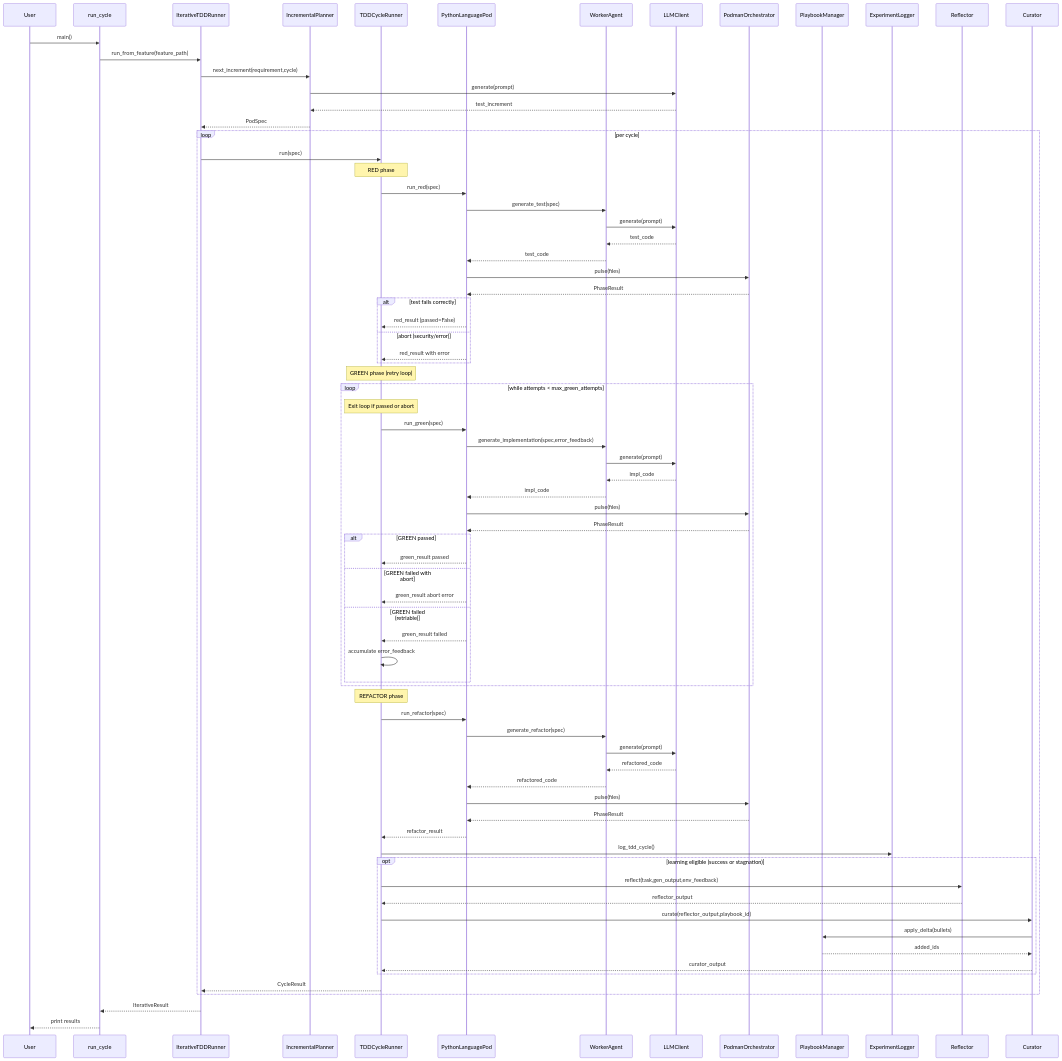
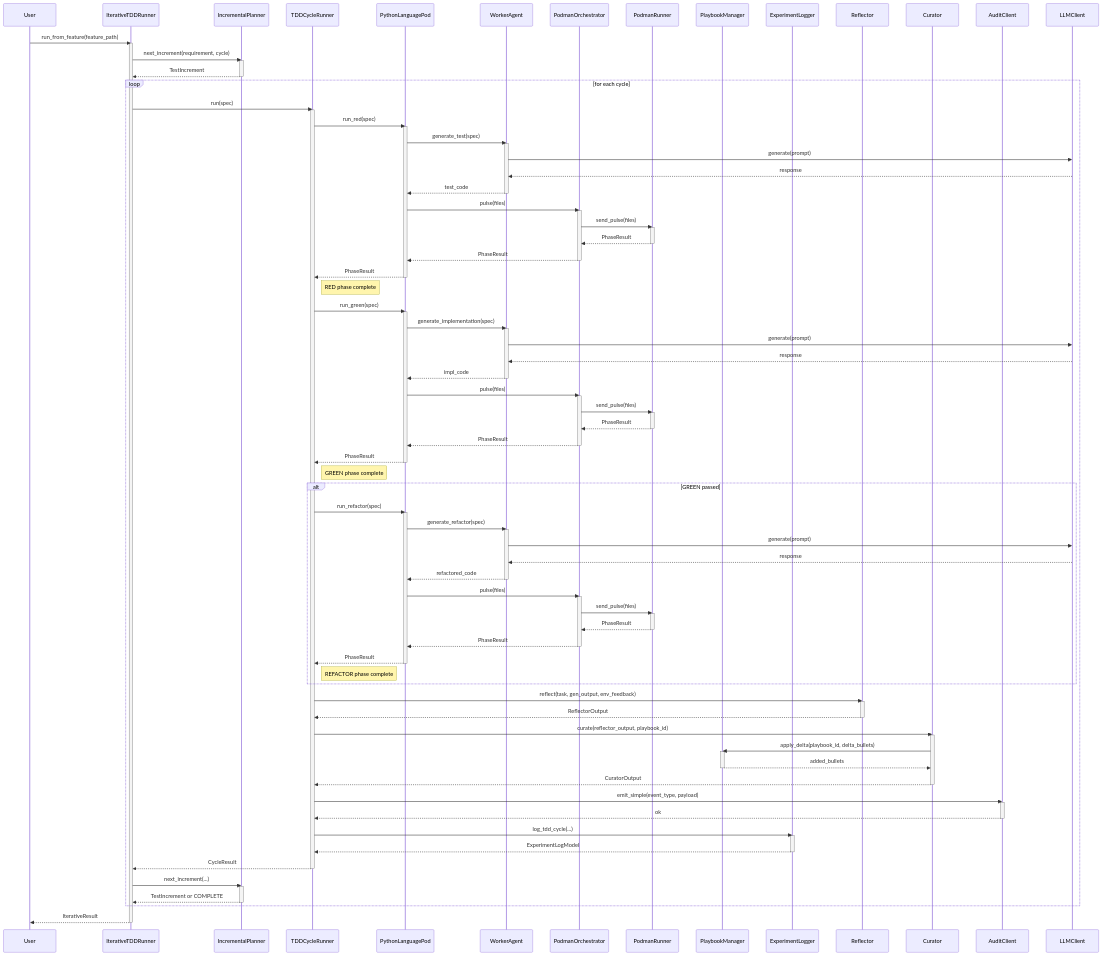
The diagram in docs/SYSTEM_ARCHITECTURE.md (carlhuxley/ace_enterprise), drawn with Mermaid before and after one commit. The commit also changed other lines of this file and 2 other files, not shown here.

````diff
--- a/docs/SYSTEM_ARCHITECTURE.md
+++ b/docs/SYSTEM_ARCHITECTURE.md
@@ -38,87 +41,114 @@
 ```mermaid
 sequenceDiagram
-    participant User as User
-    participant RC as run_cycle
-    participant ITR as IterativeTDDRunner
-    participant Plan as IncrementalPlanner
-    participant TCR as TDDCycleRunner
-    participant Pod as PythonLanguagePod
-    participant WA as WorkerAgent
-    participant LLM as LLMClient
-    participant Orch as PodmanOrchestrator
-    participant PM as PlaybookManager
-    participant Log as ExperimentLogger
-    participant Ref as Reflector
-    participant Cur as Curator
+    participant User
+    participant IterativeTDDRunner
+    participant IncrementalPlanner
+    participant TDDCycleRunner
+    participant PythonLanguagePod
+    participant WorkerAgent
+    participant PodmanOrchestrator
+    participant PodmanRunner
+    participant PlaybookManager
+    participant ExperimentLogger
+    participant Reflector
+    participant Curator
+    participant AuditClient
 
-    User->>RC: main()
-    RC->>ITR: run_from_feature(feature_path)
-    ITR->>Plan: next_increment(requirement,cycle)
-    Plan->>LLM: generate(prompt)
-    LLM-->>Plan: test_increment
-    Plan-->>ITR: PodSpec
-
-    loop per cycle
-        ITR->>TCR: run(spec)
-
-        Note over TCR: RED phase
-        TCR->>Pod: run_red(spec)
-        Pod->>WA: generate_test(spec)
-        WA->>LLM: generate(prompt)
-        LLM-->>WA: test_code
-        WA-->>Pod: test_code
-        Pod->>Orch: pulse(files)
-        Orch-->>Pod: PhaseResult
-        alt test fails correctly
-            Pod-->>TCR: red_result (passed=False)
-        else abort (security/error)
-            Pod-->>TCR: red_result with error
+    User->>IterativeTDDRunner: run_from_feature(feature_path)
+    activate IterativeTDDRunner
+    IterativeTDDRunner->>IncrementalPlanner: next_increment(requirement, cycle)
+    activate IncrementalPlanner
+    IncrementalPlanner-->>IterativeTDDRunner: TestIncrement
+    deactivate IncrementalPlanner
+    loop for each cycle
+        IterativeTDDRunner->>TDDCycleRunner: run(spec)
+        activate TDDCycleRunner
+        TDDCycleRunner->>PythonLanguagePod: run_red(spec)
+        activate PythonLanguagePod
+        PythonLanguagePod->>WorkerAgent: generate_test(spec)
+        activate WorkerAgent
+        WorkerAgent->>LLMClient: generate(prompt)
+        LLMClient-->>WorkerAgent: response
+        WorkerAgent-->>PythonLanguagePod: test_code
+        deactivate WorkerAgent
+        PythonLanguagePod->>PodmanOrchestrator: pulse(files)
+        activate PodmanOrchestrator
+        PodmanOrchestrator->>PodmanRunner: send_pulse(files)
+        activate PodmanRunner
+        PodmanRunner-->>PodmanOrchestrator: PhaseResult
+        deactivate PodmanRunner
+        PodmanOrchestrator-->>PythonLanguagePod: PhaseResult
+        deactivate PodmanOrchestrator
+        PythonLanguagePod-->>TDDCycleRunner: PhaseResult
+        deactivate PythonLanguagePod
+        Note right of TDDCycleRunner: RED phase complete
+        TDDCycleRunner->>PythonLanguagePod: run_green(spec)
+        activate PythonLanguagePod
+        PythonLanguagePod->>WorkerAgent: generate_implementation(spec)
+        activate WorkerAgent
+        WorkerAgent->>LLMClient: generate(prompt)
+        LLMClient-->>WorkerAgent: response
+        WorkerAgent-->>PythonLanguagePod: impl_code
+        deactivate WorkerAgent
+        PythonLanguagePod->>PodmanOrchestrator: pulse(files)
+        activate PodmanOrchestrator
+        PodmanOrchestrator->>PodmanRunner: send_pulse(files)
+        activate PodmanRunner
+        PodmanRunner-->>PodmanOrchestrator: PhaseResult
+        deactivate PodmanRunner
+        PodmanOrchestrator-->>PythonLanguagePod: PhaseResult
+        deactivate PodmanOrchestrator
+        PythonLanguagePod-->>TDDCycleRunner: PhaseResult
+        deactivate PythonLanguagePod
+        Note right of TDDCycleRunner: GREEN phase complete
+        alt GREEN passed
+            TDDCycleRunner->>PythonLanguagePod: run_refactor(spec)
+            activate PythonLanguagePod
+            PythonLanguagePod->>WorkerAgent: generate_refactor(spec)
+            activate WorkerAgent
+            WorkerAgent->>LLMClient: generate(prompt)
+            LLMClient-->>WorkerAgent: response
+            WorkerAgent-->>PythonLanguagePod: refactored_code
+            deactivate WorkerAgent
+            PythonLanguagePod->>PodmanOrchestrator: pulse(files)
+            activate PodmanOrchestrator
+            PodmanOrchestrator->>PodmanRunner: send_pulse(files)
+            activate PodmanRunner
+            PodmanRunner-->>PodmanOrchestrator: PhaseResult
+            deactivate PodmanRunner
+            PodmanOrchestrator-->>PythonLanguagePod: PhaseResult
+            deactivate PodmanOrchestrator
+            PythonLanguagePod-->>TDDCycleRunner: PhaseResult
+            deactivate PythonLanguagePod
+            Note right of TDDCycleRunner: REFACTOR phase complete
         end
-
-        Note over TCR: GREEN phase (retry loop)
-        loop while attempts < max_green_attempts
-            Note over TCR: Exit loop if passed or abort
-            TCR->>Pod: run_green(spec)
-            Pod->>WA: generate_implementation(spec,error_feedback)
-            WA->>LLM: generate(prompt)
-            LLM-->>WA: impl_code
-            WA-->>Pod: impl_code
-            Pod->>Orch: pulse(files)
-            Orch-->>Pod: PhaseResult
-            alt GREEN passed
-                Pod-->>TCR: green_result passed
-            else GREEN failed with abort
-                Pod-->>TCR: green_result abort error
-            else GREEN failed (retriable)
-                Pod-->>TCR: green_result failed
-                TCR->>TCR: accumulate error_feedback
-            end
-        end
-
-        Note over TCR: REFACTOR phase
-        TCR->>Pod: run_refactor(spec)
-        Pod->>WA: generate_refactor(spec)
-        WA->>LLM: generate(prompt)
-        LLM-->>WA: refactored_code
-        WA-->>Pod: refactored_code
-        Pod->>Orch: pulse(files)
-        Orch-->>Pod: PhaseResult
-        Pod-->>TCR: refactor_result
-
-        TCR->>Log: log_tdd_cycle()
-
-        opt learning eligible (success or stagnation)
-            TCR->>Ref: reflect(task,gen_output,env_feedback)
-            Ref-->>TCR: reflector_output
-            TCR->>Cur: curate(reflector_output,playbook_id)
-            Cur->>PM: apply_delta(bullets)
-            PM-->>Cur: added_ids
-            Cur-->>TCR: curator_output
-        end
-
-        TCR-->>ITR: CycleResult
+        TDDCycleRunner->>Reflector: reflect(task, gen_output, env_feedback)
+        activate Reflector
+        Reflector-->>TDDCycleRunner: ReflectorOutput
+        deactivate Reflector
+        TDDCycleRunner->>Curator: curate(reflector_output, playbook_id)
+        activate Curator
+        Curator->>PlaybookManager: apply_delta(playbook_id, delta_bullets)
+        activate PlaybookManager
+        PlaybookManager-->>Curator: added_bullets
+        deactivate PlaybookManager
+        Curator-->>TDDCycleRunner: CuratorOutput
+        deactivate Curator
+        TDDCycleRunner->>AuditClient: emit_simple(event_type, payload)
+        activate AuditClient
+        AuditClient-->>TDDCycleRunner: ok
+        deactivate AuditClient
+        TDDCycleRunner->>ExperimentLogger: log_tdd_cycle(...)
+        activate ExperimentLogger
+        ExperimentLogger-->>TDDCycleRunner: ExperimentLogModel
+        deactivate ExperimentLogger
+        TDDCycleRunner-->>IterativeTDDRunner: CycleResult
+        deactivate TDDCycleRunner
+        IterativeTDDRunner->>IncrementalPlanner: next_increment(...)
+        activate IncrementalPlanner
+        IncrementalPlanner-->>IterativeTDDRunner: TestIncrement or COMPLETE
+        deactivate IncrementalPlanner
     end
-
-    ITR-->>RC: IterativeResult
-    RC-->>User: print results
+    IterativeTDDRunner-->>User: IterativeResult
+    deactivate IterativeTDDRunner
 ```
````
